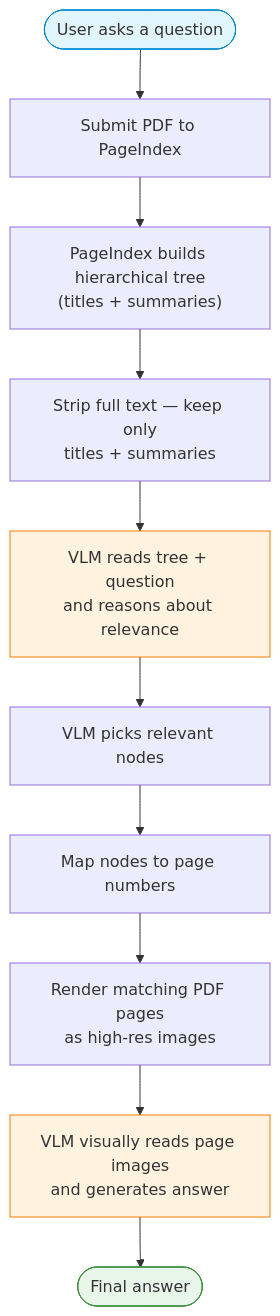
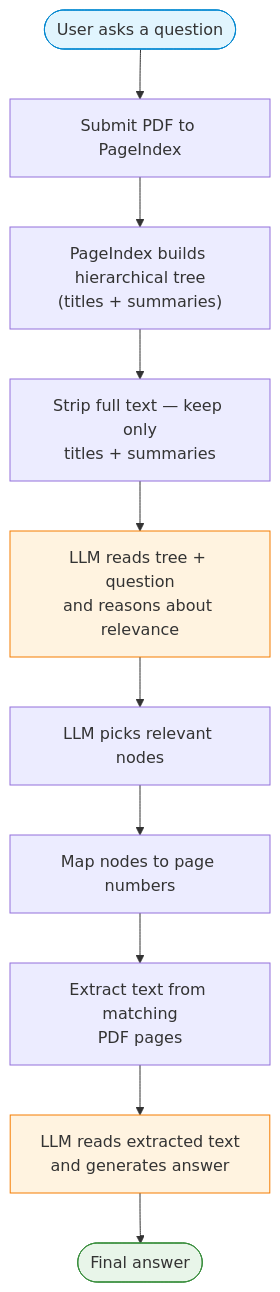
Before and after one commit to AyushSinghRana15/Vectorless-RAG: the first of 3 diagrams in lab1/lab1_vectorless_rag.md, drawn with Mermaid. The commit also changed other lines of this file, not shown here.

Commit message:
lab1: update markdown to match text-based approach

````diff
--- a/lab1/lab1_vectorless_rag.md
+++ b/lab1/lab1_vectorless_rag.md
@@ -44,17 +44,17 @@
 ```mermaid
 flowchart TD
     A(["User asks a question"]) --> B["Submit PDF to PageIndex"]
     B --> C["PageIndex builds hierarchical tree\n(titles + summaries)"]
     C --> D["Strip full text — keep only\ntitles + summaries"]
-    D --> E["VLM reads tree + question\nand reasons about relevance"]
-    E --> F["VLM picks relevant nodes"]
+    D --> E["LLM reads tree + question\nand reasons about relevance"]
+    E --> F["LLM picks relevant nodes"]
     F --> G["Map nodes to page numbers"]
-    G --> H["Render matching PDF pages\nas high-res images"]
-    H --> I["VLM visually reads page images\nand generates answer"]
+    G --> H["Extract text from matching\nPDF pages"]
+    H --> I["LLM reads extracted text\nand generates answer"]
     I --> J(["Final answer"])
 
     style A fill:#e1f5fe,stroke:#0288d1
     style J fill:#e8f5e9,stroke:#388e3c
     style E fill:#fff3e0,stroke:#f57c00
     style I fill:#fff3e0,stroke:#f57c00
 ```
````
